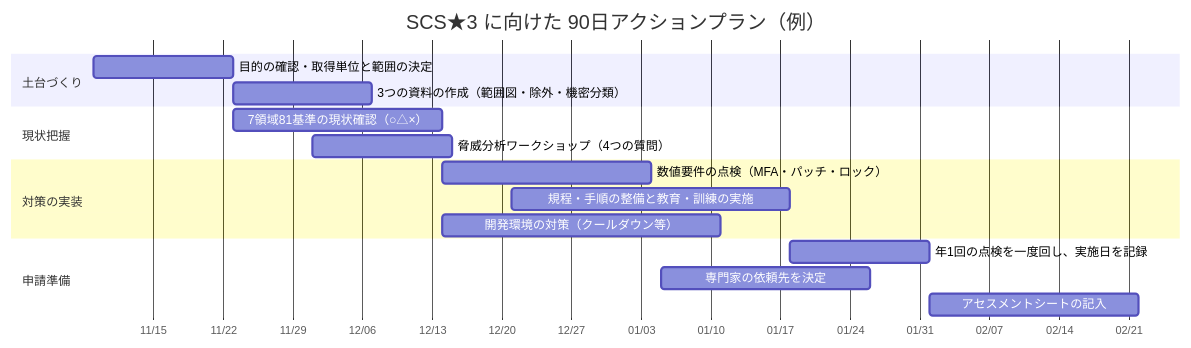
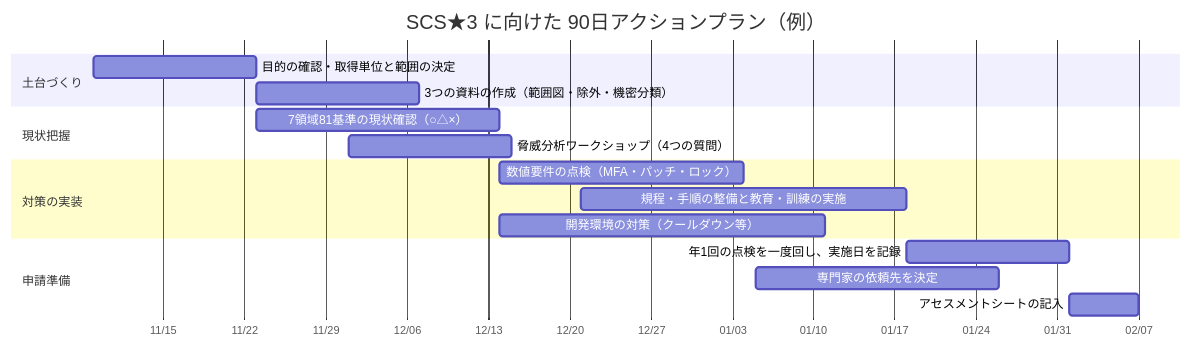
Before and after one commit to myoshi2891/Security_Studies: diagram 14 of 14 in Scs-evaluation-threat-analysis-guide.md, drawn with Mermaid. The commit also changed other lines of this file, not shown here.

First line of the commit message:
docs(scs): align scope, criteria, flow and plan with IPA sources

````diff
--- a/Scs-evaluation-threat-analysis-guide.md
+++ b/Scs-evaluation-threat-analysis-guide.md
@@ -892,20 +893,20 @@
 ```mermaid
 gantt
     title SCS★3 に向けた 90日アクションプラン（例）
     dateFormat  YYYY-MM-DD
     axisFormat  %m/%d
     section 土台づくり
     目的の確認・取得単位と範囲の決定     :a1, 2026-11-09, 14d
     3つの資料の作成（範囲図・除外・機密分類） :a2, after a1, 14d
     section 現状把握
     7領域81基準の現状確認（○△×）        :b1, 2026-11-23, 21d
     脅威分析ワークショップ（4つの質問）     :b2, 2026-12-01, 14d
     section 対策の実装
     数値要件の点検（MFA・パッチ・ロック）   :c1, 2026-12-14, 21d
     規程・手順の整備と教育・訓練の実施      :c2, 2026-12-21, 28d
     開発環境の対策（クールダウン等）       :c3, 2026-12-14, 28d
     section 申請準備
     年1回の点検を一度回し、実施日を記録    :d1, 2027-01-18, 14d
     専門家の依頼先を決定                :d2, 2027-01-05, 21d
-    アセスメントシートの記入             :d3, 2027-02-01, 21d
+    アセスメントシートの記入             :d3, 2027-02-01, 2027-02-07
 ```
````
